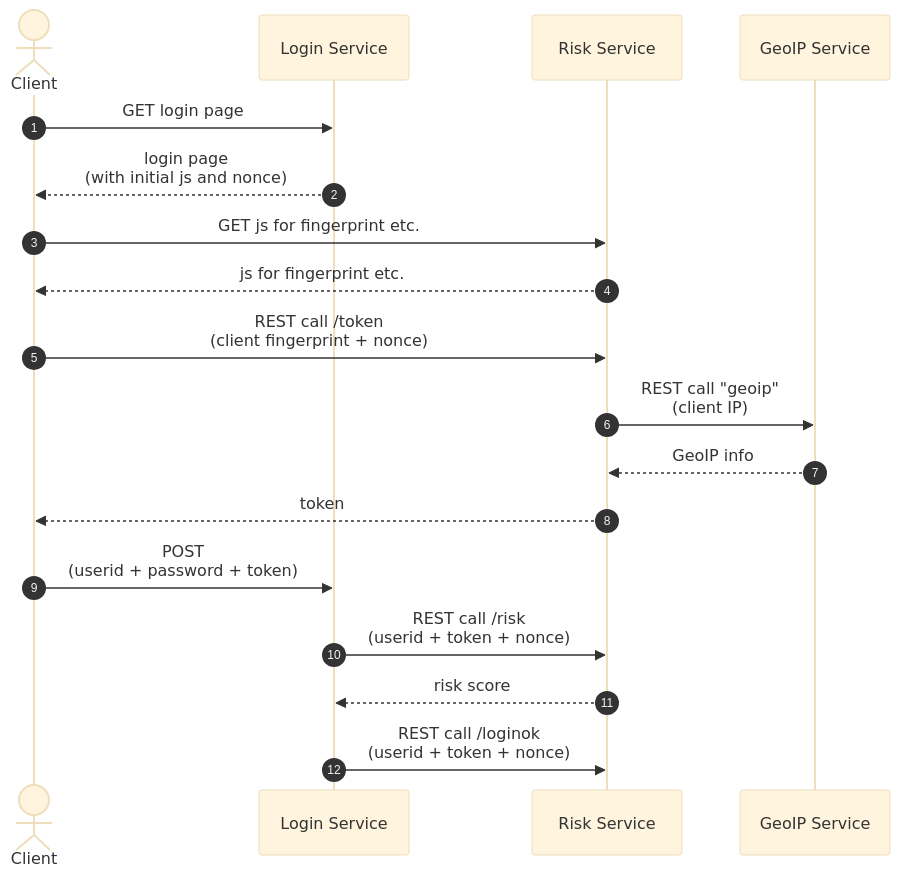
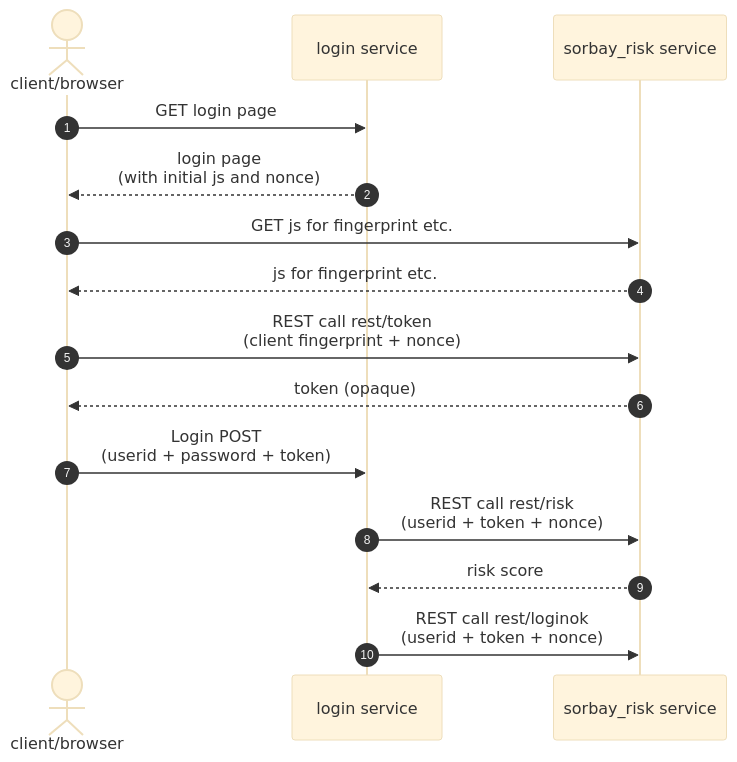
Before and after one commit to sorbay/sorbay-documentation: the diagram in docs/en/sorbay_risk_integration.md, drawn with Mermaid (base theme). The commit also changed other lines of this file, not shown here.

Commit message:
documenting risk service

````diff
--- a/docs/en/sorbay_risk_integration.md
+++ b/docs/en/sorbay_risk_integration.md
@@ -39,23 +27,20 @@
 ```mermaid
 sequenceDiagram
 
 autonumber
 
-actor client as Client
-participant login as Login Service
-participant risk as Risk Service
-participant geoip as GeoIP Service
+actor client as client/browser
+participant login as login service
+participant risk as sorbay_risk service
 
 client ->> login: GET login page
 login -->> client: login page<br>(with initial js and nonce)
 client ->> risk: GET js for fingerprint etc.
 risk -->> client: js for fingerprint etc.
-client ->> risk: REST call /token<br>(client fingerprint + nonce)
-risk ->> geoip: REST call "geoip"<br>(client IP)
-geoip -->> risk: GeoIP info
-risk -->> client: token
-client ->> login: POST<br>(userid + password + token)
-login ->> risk: REST call /risk<br>(userid + token + nonce)
+client ->> risk: REST call rest/token<br>(client fingerprint + nonce)
+risk -->> client: token (opaque)
+client ->> login: Login POST<br>(userid + password + token)
+login ->> risk: REST call rest/risk<br>(userid + token + nonce)
 risk -->> login: risk score
-login ->> risk: REST call /loginok<br>(userid + token + nonce)
+login ->> risk: REST call rest/loginok<br>(userid + token + nonce)
 ```
````
